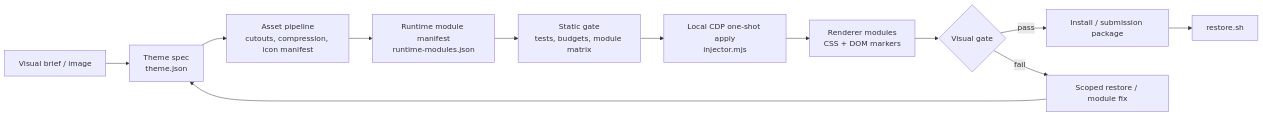
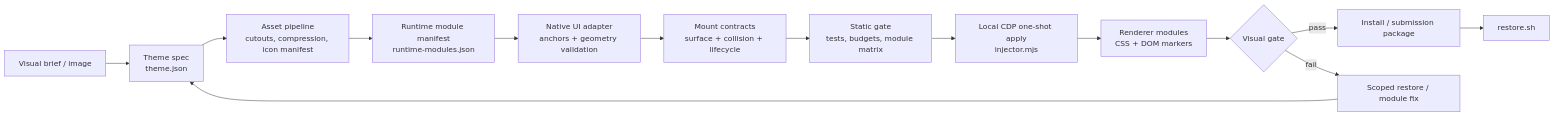
The first of 2 diagrams in README.en.md (jiarong0423/codex-dream-skin-workflow-engine), drawn with Mermaid before and after one commit. The commit also changed other lines of this file and 12 other files, not shown here.

````diff
--- a/README.en.md
+++ b/README.en.md
@@ -57,14 +79,16 @@
 ```mermaid
 flowchart LR
   A["Visual brief / image"] --> B["Theme spec<br/>theme.json"]
   B --> C["Asset pipeline<br/>cutouts, compression, icon manifest"]
   C --> D["Runtime module manifest<br/>runtime-modules.json"]
-  D --> E["Static gate<br/>tests, budgets, module matrix"]
-  E --> F["Local CDP one-shot apply<br/>injector.mjs"]
-  F --> G["Renderer modules<br/>CSS + DOM markers"]
-  G --> H{"Visual gate"}
-  H -->|pass| I["Install / submission package"]
-  H -->|fail| J["Scoped restore / module fix"]
-  J --> B
-  I --> K["restore.sh"]
+  D --> E["Native UI adapter<br/>anchors + geometry validation"]
+  E --> F["Mount contracts<br/>surface + collision + lifecycle"]
+  F --> G["Static gate<br/>tests, budgets, module matrix"]
+  G --> H["Local CDP one-shot apply<br/>injector.mjs"]
+  H --> I["Renderer modules<br/>CSS + DOM markers"]
+  I --> J{"Visual gate"}
+  J -->|pass| K["Install / submission package"]
+  J -->|fail| L["Scoped restore / module fix"]
+  L --> B
+  K --> M["restore.sh"]
 ```
````
